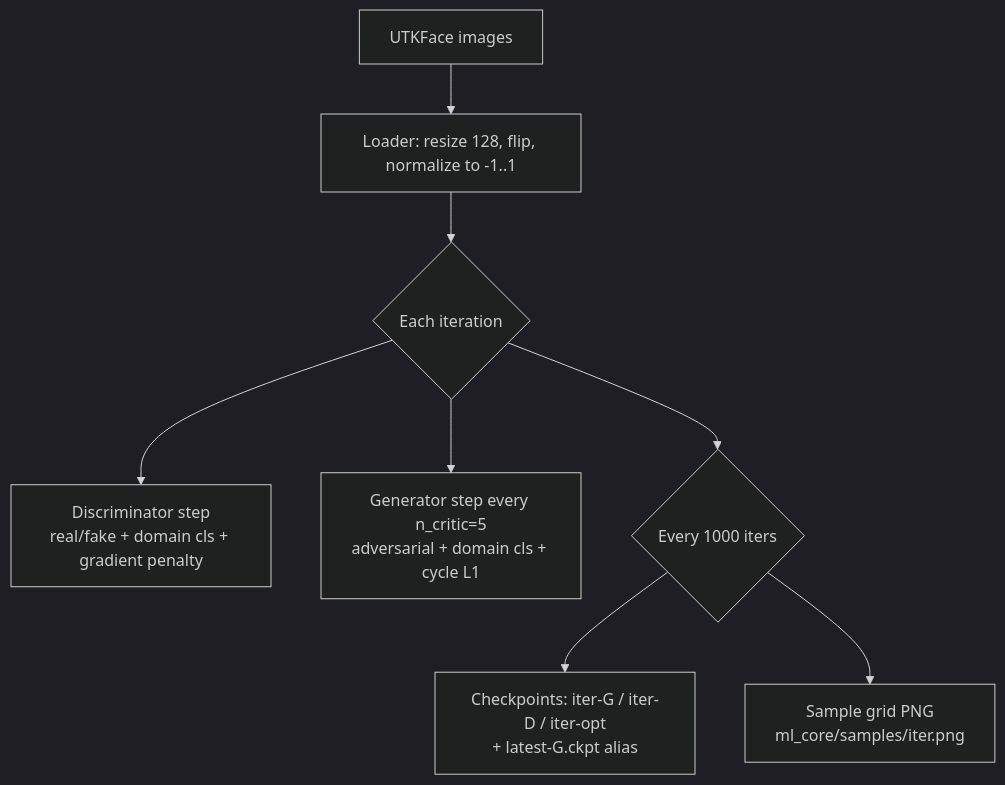
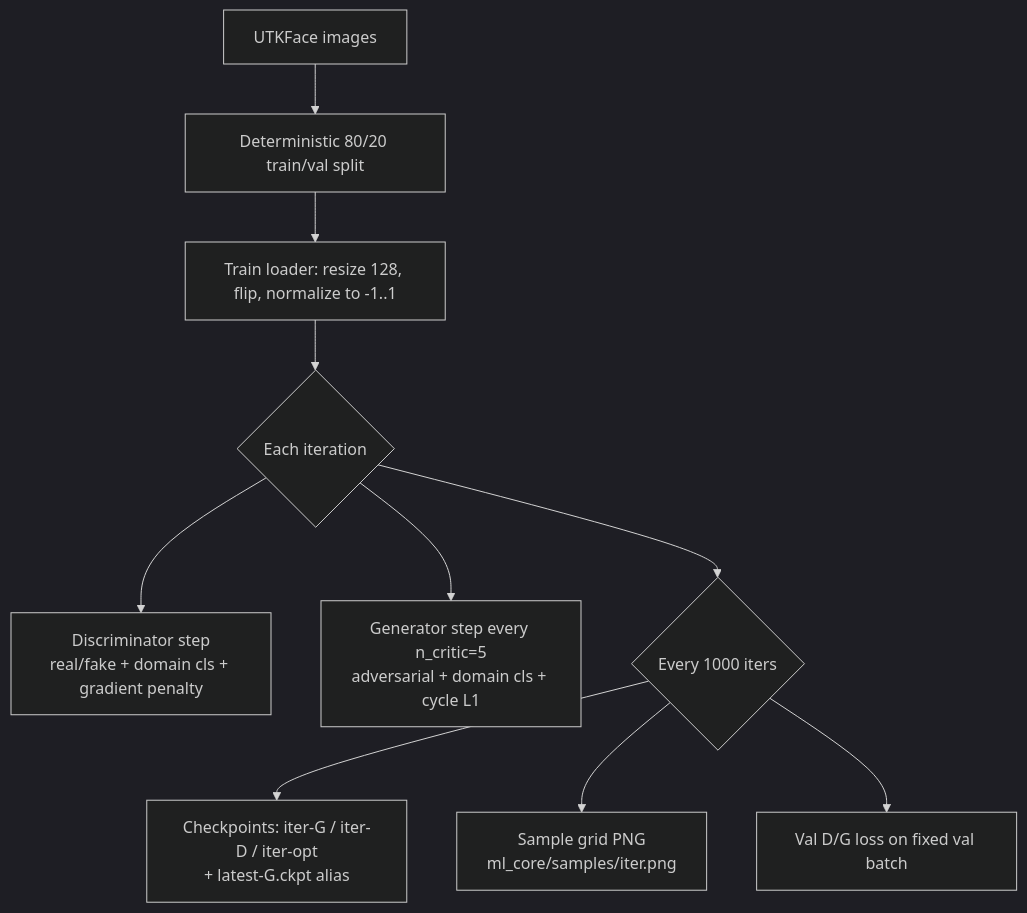
Before and after one commit to ojas3010/facial-age-progression-gan: the second of 2 diagrams in README.md, drawn with Mermaid (dark theme). The commit also changed other lines of this file and 8 other files, not shown here.

Commit message:
Add train/val split with val-loss logging; harden API validation, frontend error handling, and CI

````diff
--- a/README.md
+++ b/README.md
@@ -141,10 +147,12 @@
 ```mermaid
 flowchart TD
-    A[UTKFace images] --> B[Loader: resize 128, flip, normalize to -1..1]
+    A[UTKFace images] --> S[Deterministic 80/20 train/val split]
+    S --> B[Train loader: resize 128, flip, normalize to -1..1]
     B --> C{Each iteration}
     C --> D[Discriminator step<br/>real/fake + domain cls + gradient penalty]
     C --> E[Generator step every n_critic=5<br/>adversarial + domain cls + cycle L1]
     C --> F{Every 1000 iters}
     F --> G[Checkpoints: iter-G / iter-D / iter-opt<br/>+ latest-G.ckpt alias]
     F --> H[Sample grid PNG<br/>ml_core/samples/iter.png]
+    F --> V[Val D/G loss on fixed val batch]
 ```
````
